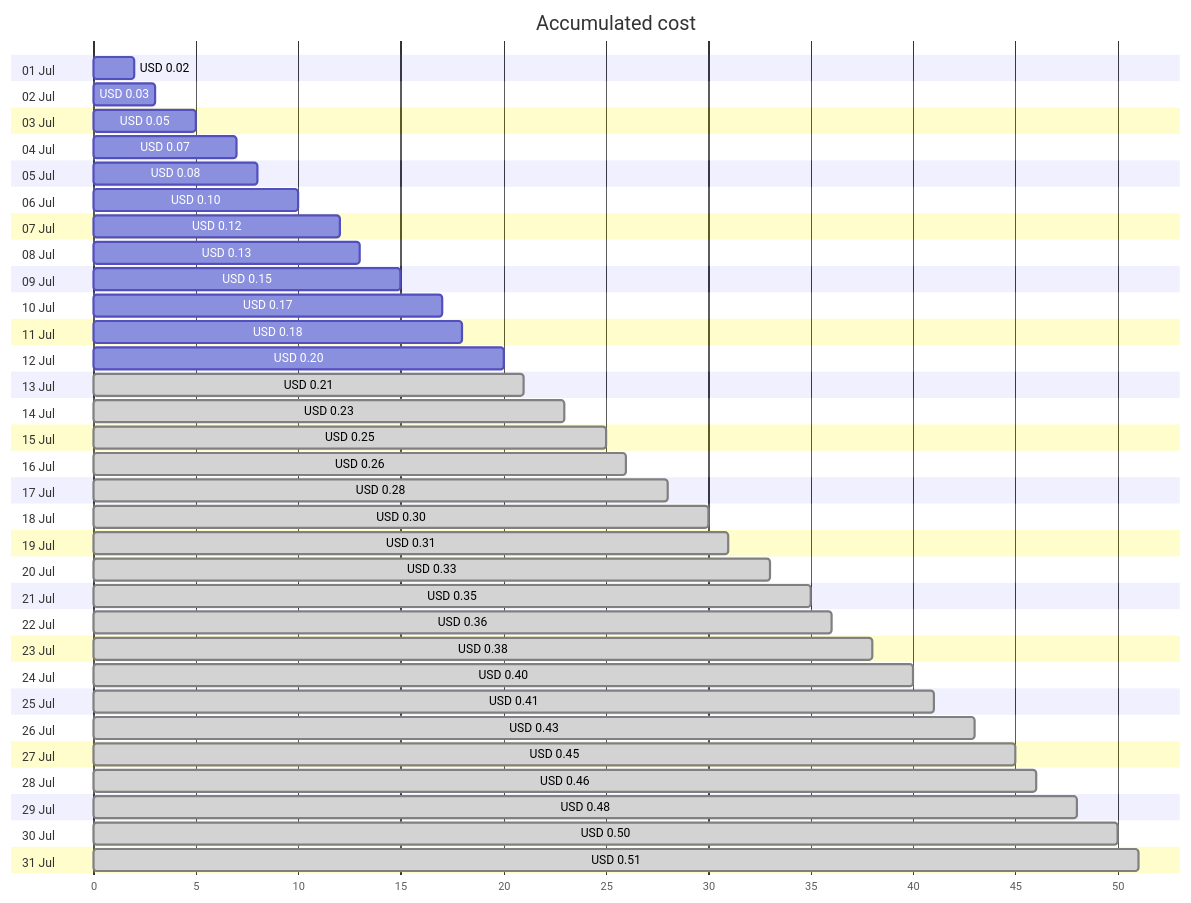
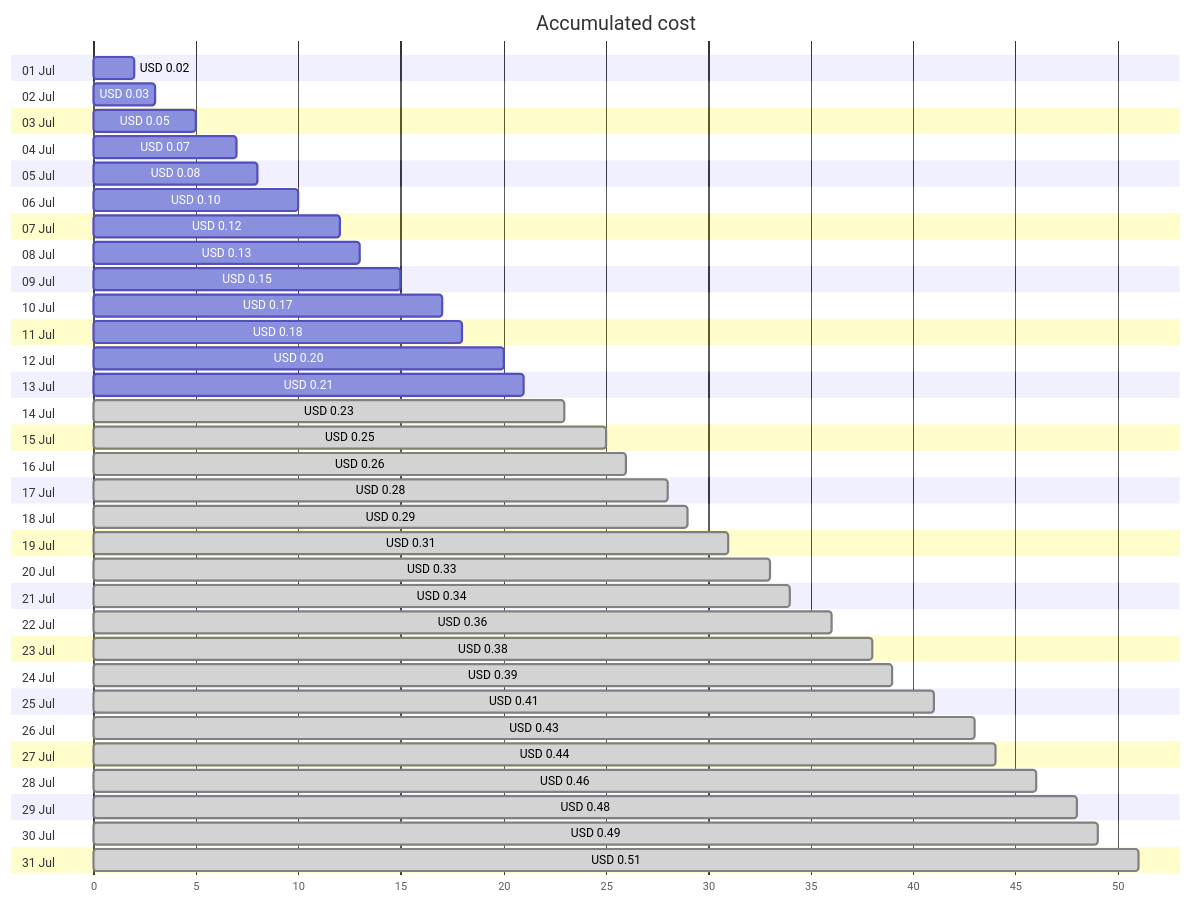
One commit to jpfulton/azure-personal-reports changed the first of 4 diagrams in cost-reports/personal-dns/jpatrickfulton.dev.md. Above: the diagram before and after it, drawn with Mermaid. The commit also changed other lines of this file and 2 other files, not shown here.

````diff
--- a/cost-reports/personal-dns/jpatrickfulton.dev.md
+++ b/cost-reports/personal-dns/jpatrickfulton.dev.md
@@ -20,68 +20,68 @@
 ```mermaid
 gantt
    title Accumulated cost
    dateFormat  X
    axisFormat %s
    section 01 Jul
    USD 0.02 :0, 2
    section 02 Jul
    USD 0.03 :0, 3
    section 03 Jul
    USD 0.05 :0, 5
    section 04 Jul
    USD 0.07 :0, 7
    section 05 Jul
    USD 0.08 :0, 8
    section 06 Jul
    USD 0.10 :0, 10
    section 07 Jul
    USD 0.12 :0, 12
    section 08 Jul
    USD 0.13 :0, 13
    section 09 Jul
    USD 0.15 :0, 15
    section 10 Jul
    USD 0.17 :0, 17
    section 11 Jul
    USD 0.18 :0, 18
    section 12 Jul
    USD 0.20 :0, 20
    section 13 Jul
-   USD 0.21 : done, 0, 21
+   USD 0.21 :0, 21
    section 14 Jul
    USD 0.23 : done, 0, 23
    section 15 Jul
    USD 0.25 : done, 0, 25
    section 16 Jul
    USD 0.26 : done, 0, 26
    section 17 Jul
    USD 0.28 : done, 0, 28
    section 18 Jul
-   USD 0.30 : done, 0, 30
+   USD 0.29 : done, 0, 29
    section 19 Jul
    USD 0.31 : done, 0, 31
    section 20 Jul
    USD 0.33 : done, 0, 33
    section 21 Jul
-   USD 0.35 : done, 0, 35
+   USD 0.34 : done, 0, 34
    section 22 Jul
    USD 0.36 : done, 0, 36
    section 23 Jul
    USD 0.38 : done, 0, 38
    section 24 Jul
-   USD 0.40 : done, 0, 40
+   USD 0.39 : done, 0, 39
    section 25 Jul
    USD 0.41 : done, 0, 41
    section 26 Jul
    USD 0.43 : done, 0, 43
    section 27 Jul
-   USD 0.45 : done, 0, 45
+   USD 0.44 : done, 0, 44
    section 28 Jul
    USD 0.46 : done, 0, 46
    section 29 Jul
    USD 0.48 : done, 0, 48
    section 30 Jul
-   USD 0.50 : done, 0, 50
+   USD 0.49 : done, 0, 49
    section 31 Jul
    USD 0.51 : done, 0, 51
 ```
````
